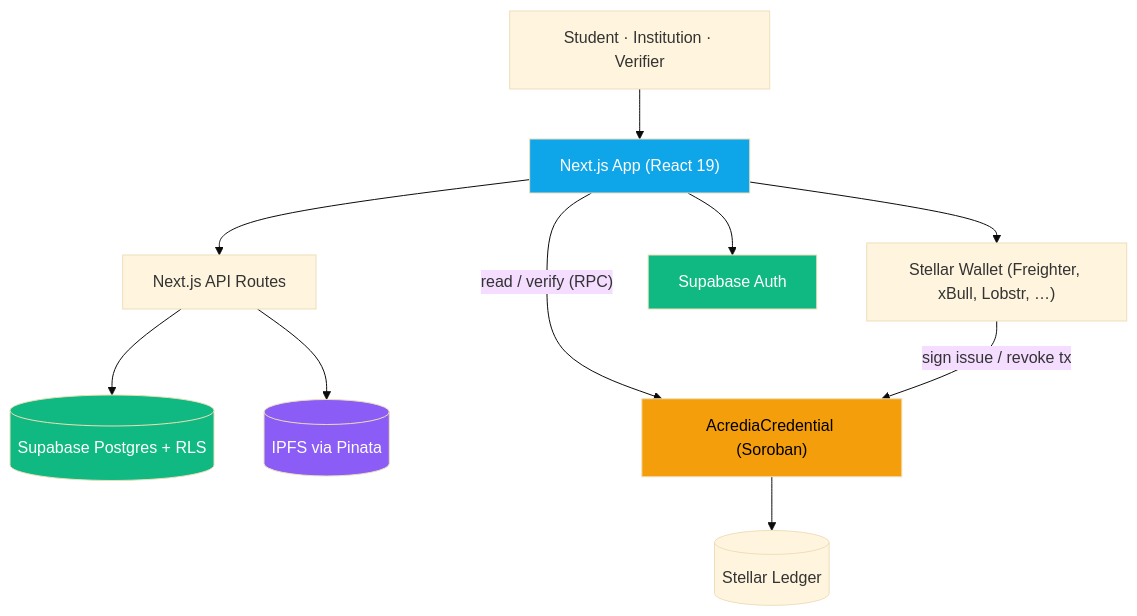
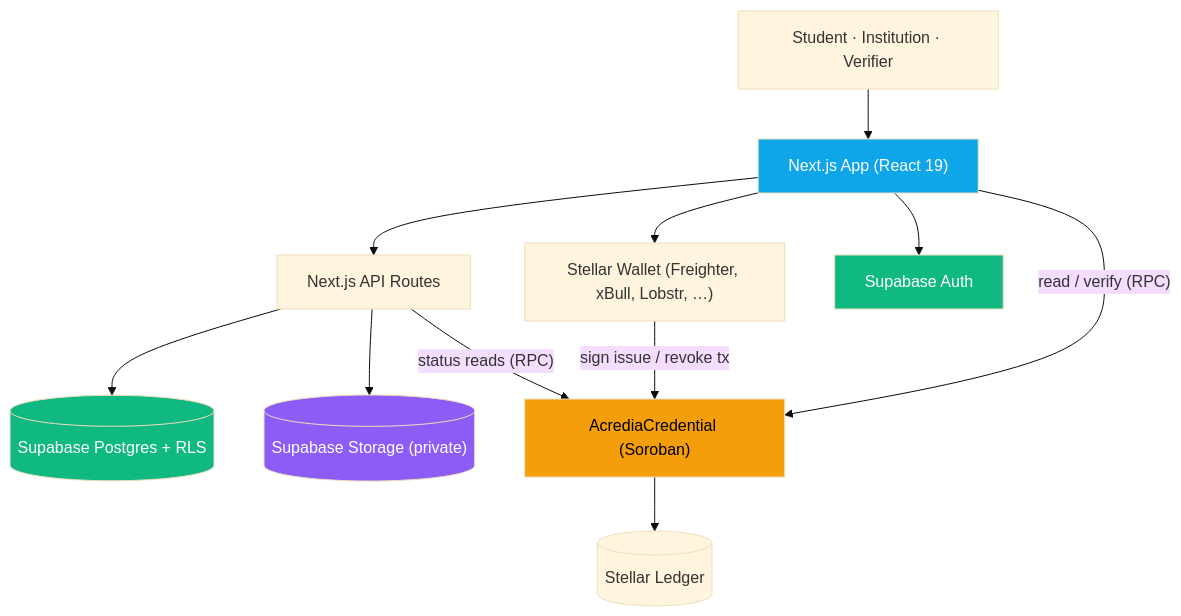
The first of 3 diagrams in README.md (soumen0818/ACREDIA-STELLAR), drawn with Mermaid (base theme) before and after one commit. The commit also changed other lines of this file and 274 other files, not shown here.

````diff
--- a/README.md
+++ b/README.md
@@ -449,28 +449,29 @@
 ```mermaid
 graph TD
     U["Student · Institution · Verifier"]
     FE["Next.js App (React 19)"]
     FW["Stellar Wallet (Freighter, xBull, Lobstr, …)"]
     API["Next.js API Routes"]
     AUTH["Supabase Auth"]
     DB[("Supabase Postgres + RLS")]
-    IPFS[("IPFS via Pinata")]
+    ST[("Supabase Storage (private)")]
     SC["AcrediaCredential (Soroban)"]
     L[("Stellar Ledger")]
 
     U --> FE
     FE --> AUTH
     FE --> FW
     FE --> API
     FE -->|"read / verify (RPC)"| SC
     FW -->|"sign issue / revoke tx"| SC
     API --> DB
-    API --> IPFS
+    API --> ST
+    API -->|"status reads (RPC)"| SC
     SC --> L
 
     style FE fill:#0ea5e9,color:#fff
     style SC fill:#f59e0b,color:#000
-    style IPFS fill:#8b5cf6,color:#fff
+    style ST fill:#8b5cf6,color:#fff
     style DB fill:#10b981,color:#fff
     style AUTH fill:#10b981,color:#fff
 ```
````
